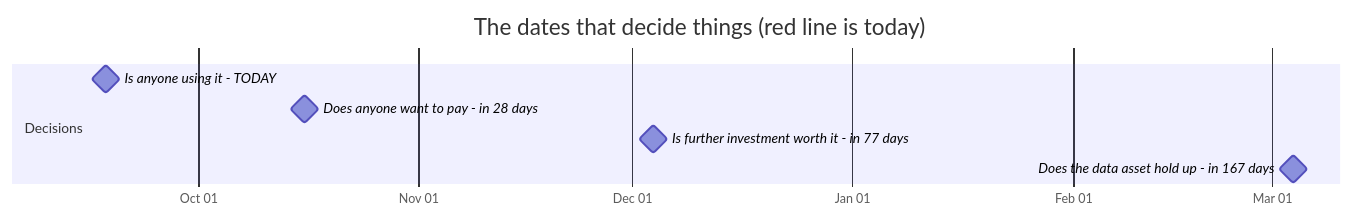
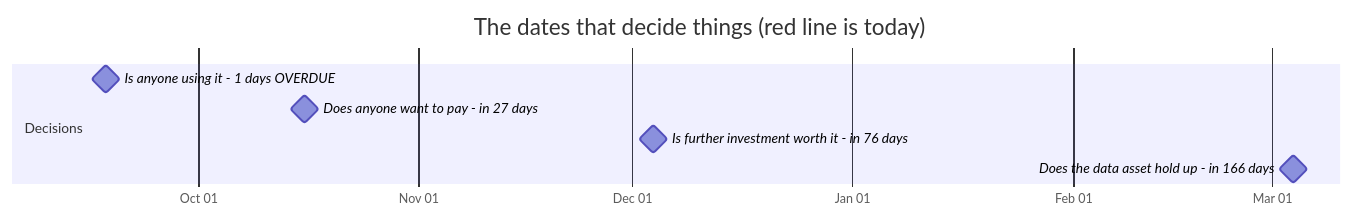
The first of 2 diagrams in docs/OWNER.md (jakegu1/vetagent), drawn with Mermaid before and after one commit. The commit also changed other lines of this file and 2 other files, not shown here.

````diff
--- a/docs/OWNER.md
+++ b/docs/OWNER.md
@@ -91,12 +91,12 @@
 ```mermaid
 gantt
     dateFormat YYYY-MM-DD
     axisFormat %b %d
     todayMarker stroke-width:3px,stroke:#d33,stroke-dasharray:0
     title The dates that decide things (red line is today)
     section Decisions
-    Is anyone using it - TODAY :milestone, 2026-09-18, 0d
-    Does anyone want to pay - in 28 days :milestone, 2026-10-16, 0d
-    Is further investment worth it - in 77 days :milestone, 2026-12-04, 0d
-    Does the data asset hold up - in 167 days :milestone, 2027-03-04, 0d
+    Is anyone using it - 1 days OVERDUE :milestone, 2026-09-18, 0d
+    Does anyone want to pay - in 27 days :milestone, 2026-10-16, 0d
+    Is further investment worth it - in 76 days :milestone, 2026-12-04, 0d
+    Does the data asset hold up - in 166 days :milestone, 2027-03-04, 0d
 ```
````
